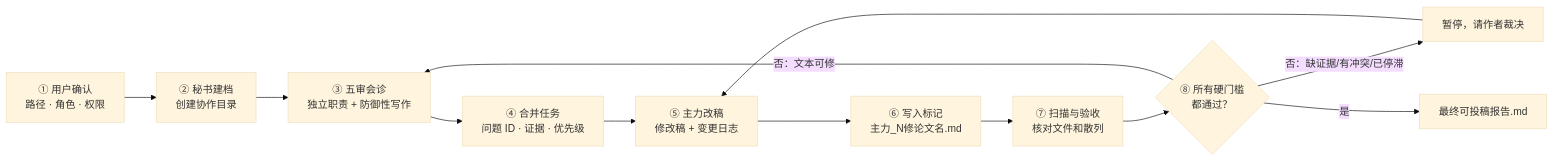
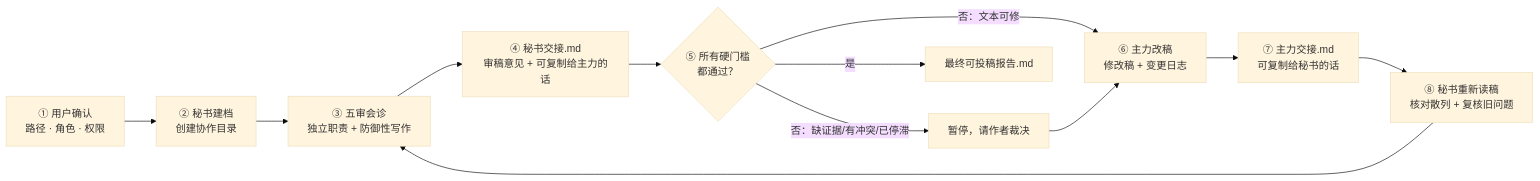
The diagram in README.md (siyunhao2025-beep/bridge-paper-review), drawn with Mermaid (base theme) before and after one commit. The commit also changed other lines of this file and 6 other files, not shown here.

````diff
--- a/README.md
+++ b/README.md
@@ -120,14 +122,14 @@
 ```mermaid
 flowchart LR
     A["① 用户确认<br/>路径 · 角色 · 权限"] --> B["② 秘书建档<br/>创建协作目录"]
     B --> C["③ 五审会诊<br/>独立职责 + 防御性写作"]
-    C --> D["④ 合并任务<br/>问题 ID · 证据 · 优先级"]
-    D --> E["⑤ 主力改稿<br/>修改稿 + 变更日志"]
-    E --> F["⑥ 写入标记<br/>主力_N修论文名.md"]
-    F --> G["⑦ 扫描与验收<br/>核对文件和散列"]
-    G --> H{"⑧ 所有硬门槛<br/>都通过？"}
-    H -- "否：文本可修" --> C
+    C --> D["④ 秘书交接.md<br/>审稿意见 + 可复制给主力的话"]
+    D --> H{"⑤ 所有硬门槛<br/>都通过？"}
+    H -- "否：文本可修" --> E["⑥ 主力改稿<br/>修改稿 + 变更日志"]
+    E --> F["⑦ 主力交接.md<br/>可复制给秘书的话"]
+    F --> G["⑧ 秘书重新读稿<br/>核对散列 + 复核旧问题"]
+    G --> C
     H -- "否：缺证据/有冲突/已停滞" --> I["暂停，请作者裁决"]
     I --> E
     H -- "是" --> J["最终可投稿报告.md"]
 ```
````
